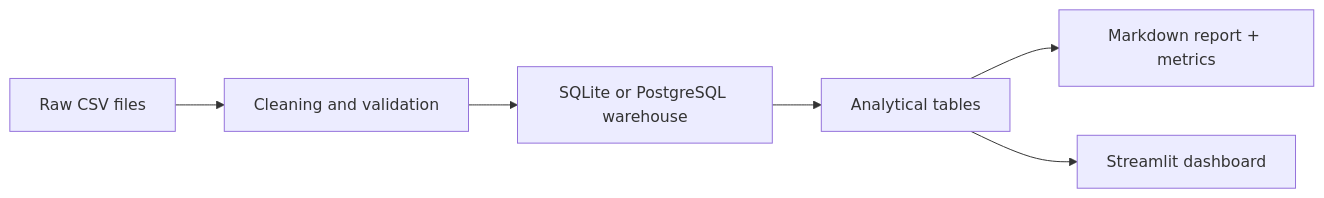
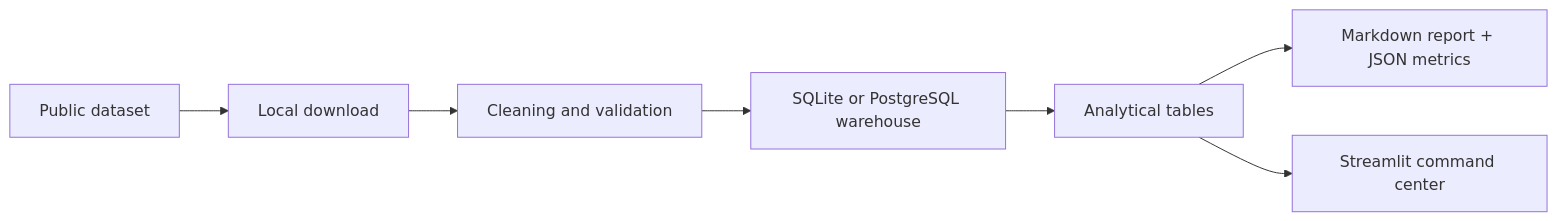
The diagram in README.md (angboda6-web/Portfolio-Bigdata), drawn with Mermaid before and after one commit. The commit also changed other lines of this file and 10 other files, not shown here.

Commit message:
Switch to public dataset and polish dashboard

````diff
--- a/README.md
+++ b/README.md
@@ -22,8 +30,9 @@
 ```mermaid
 flowchart LR
-    A["Raw CSV files"] --> B["Cleaning and validation"]
-    B --> C["SQLite or PostgreSQL warehouse"]
-    C --> D["Analytical tables"]
-    D --> E["Markdown report + metrics"]
-    D --> F["Streamlit dashboard"]
+    A["Public dataset"] --> B["Local download"]
+    B --> C["Cleaning and validation"]
+    C --> D["SQLite or PostgreSQL warehouse"]
+    D --> E["Analytical tables"]
+    E --> F["Markdown report + JSON metrics"]
+    E --> G["Streamlit command center"]
 ```
````
